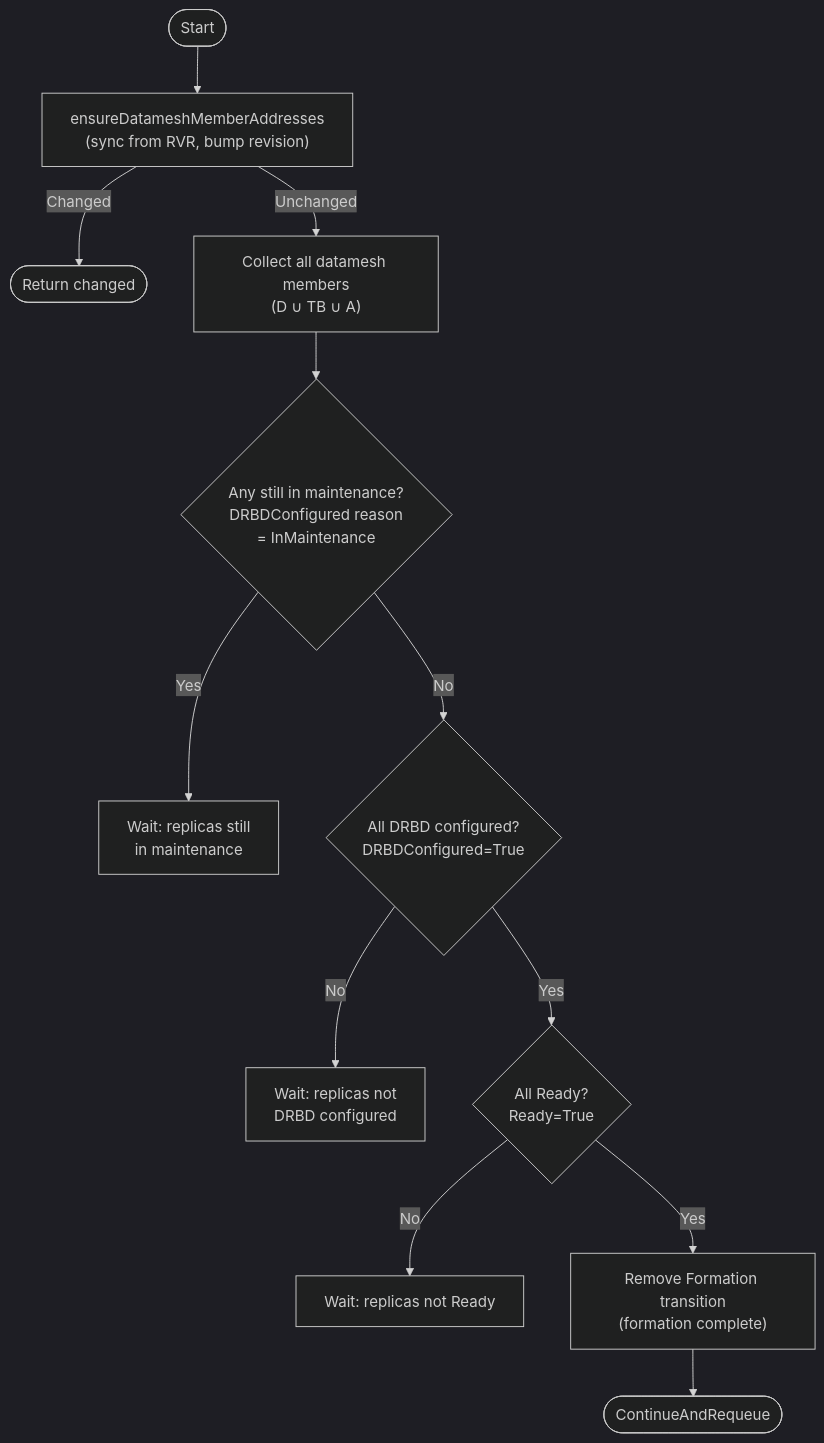
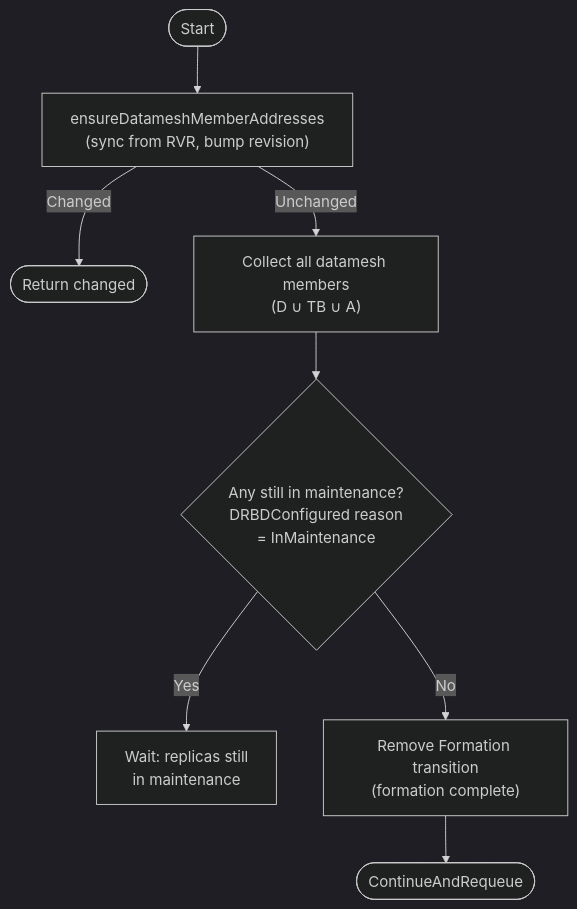
Before and after one commit to deckhouse/sds-replicated-volume: the tenth of 12 diagrams in images/controller/internal/controllers/rv_controller/README.md, drawn with Mermaid (dark theme). The commit also changed other lines of this file and 7 other files, not shown here.

First line of the commit message:
[rv-controller] Simplify adopt formation to accept replicas as-is

````diff
--- a/images/controller/internal/controllers/rv_controller/README.md
+++ b/images/controller/internal/controllers/rv_controller/README.md
@@ -858,18 +808,12 @@
 ```mermaid
 flowchart TD
     Start([Start]) --> SyncAddr["ensureDatameshMemberAddresses<br/>(sync from RVR, bump revision)"]
     SyncAddr -->|Changed| ReturnChanged([Return changed])
     SyncAddr -->|Unchanged| CollectAll["Collect all datamesh members<br/>(D ∪ TB ∪ A)"]
 
     CollectAll --> CheckMaintenance{"Any still in maintenance?<br/>DRBDConfigured reason<br/>= InMaintenance"}
     CheckMaintenance -->|Yes| WaitMaint["Wait: replicas still<br/>in maintenance"]
 
-    CheckMaintenance -->|No| CheckConfigured{"All DRBD configured?<br/>DRBDConfigured=True"}
-    CheckConfigured -->|No| WaitConfigured["Wait: replicas not<br/>DRBD configured"]
-
-    CheckConfigured -->|Yes| CheckReady{"All Ready?<br/>Ready=True"}
-    CheckReady -->|No| WaitReady["Wait: replicas not Ready"]
-
-    CheckReady -->|Yes| Complete["Remove Formation transition<br/>(formation complete)"]
+    CheckMaintenance -->|No| Complete["Remove Formation transition<br/>(formation complete)"]
     Complete --> End([ContinueAndRequeue])
 ```
````
